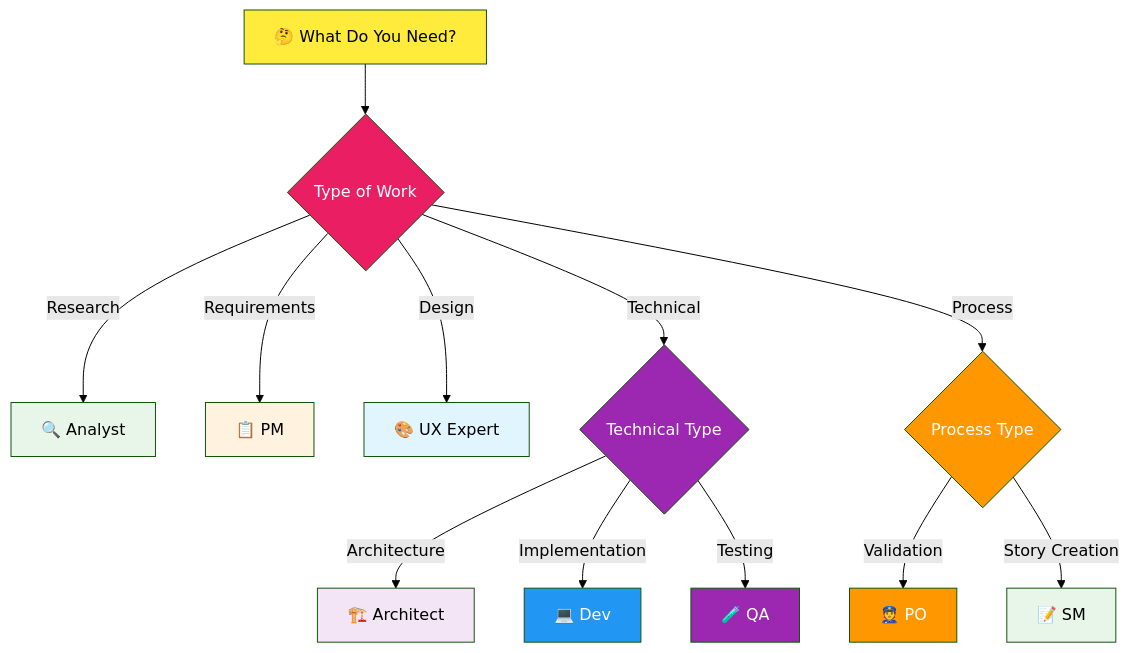
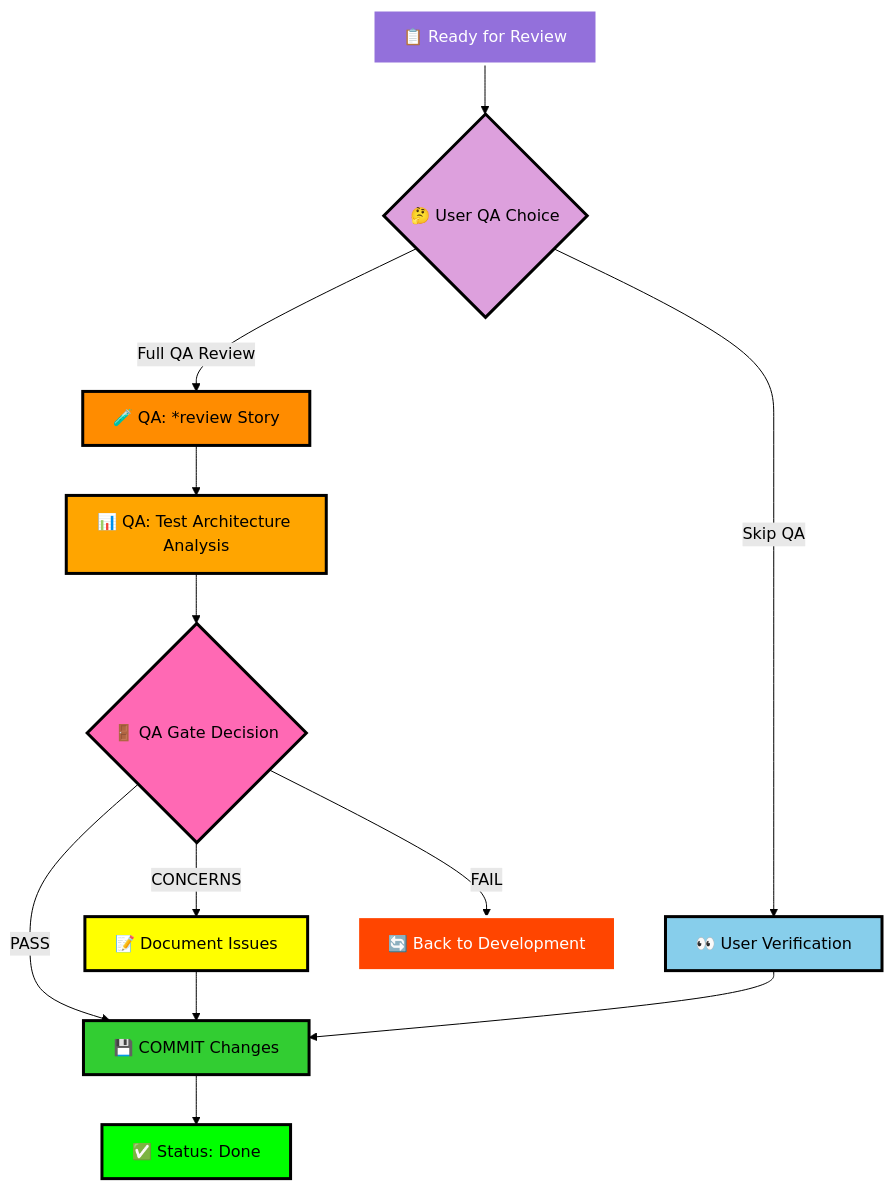
Before and after one commit to garkpit/RT-Vault: the fourth of 12 diagrams in BMAD-method/BMAD-method - a visual guide.md, drawn with Mermaid (forest theme). The commit also changed other lines of this file and 7 other files, not shown here.

````diff
--- a/BMAD-method/BMAD-method - a visual guide.md
+++ b/BMAD-method/BMAD-method - a visual guide.md
@@ -187,27 +159,25 @@
 ```mermaid
 graph TD
-    A["🤔 What Do You Need?"] --> B{"Type of Work"}
-    B -->|Research| C["🔍 Analyst"]
-    B -->|Requirements| D["📋 PM"]
-    B -->|Design| E["🎨 UX Expert"]
-    B -->|Technical| F{"Technical Type"}
-    F -->|Architecture| G["🏗️ Architect"]
-    F -->|Implementation| H["💻 Dev"]
-    F -->|Testing| I["🧪 QA"]
-    B -->|Process| J{"Process Type"}
-    J -->|Validation| K["👮 PO"]
-    J -->|Story Creation| L["📝 SM"]
+    C7["📋 Ready for Review"] --> D1{"🤔 User QA Choice"}
+    D1 -->|Full QA Review| D2["🧪 QA: *review Story"]
+    D1 -->|Skip QA| D5["👀 User Verification"]
+    D2 --> D3["📊 QA: Test Architecture Analysis"]
+    D3 --> D4{"🚪 QA Gate Decision"}
+    D4 -->|PASS| D6["💾 COMMIT Changes"]
+    D4 -->|CONCERNS| D7["📝 Document Issues"]
+    D4 -->|FAIL| D8["🔄 Back to Development"]
+    D5 --> D6
+    D7 --> D6
+    D6 --> D9["✅ Status: Done"]
     
-    style A fill:#ffeb3b,color:#000
-    style B fill:#e91e63,color:#fff
-    style C fill:#e8f5e9,color:#000
-    style D fill:#fff3e0,color:#000
-    style E fill:#e1f5fe,color:#000
-    style F fill:#9c27b0,color:#fff
-    style G fill:#f3e5f5,color:#000
-    style H fill:#2196f3,color:#fff
-    style I fill:#9c27b0,color:#fff
-    style J fill:#ff9800,color:#fff
-    style K fill:#ff9800,color:#fff
-    style L fill:#e8f5e9,color:#000
+    style C7 fill:#9370DB,color:#FFFFFF,stroke:#FFFFFF,stroke-width:3px
+    style D1 fill:#DDA0DD,color:#000000,stroke:#000000,stroke-width:3px
+    style D2 fill:#FF8C00,color:#000000,stroke:#000000,stroke-width:3px
+    style D3 fill:#FFA500,color:#000000,stroke:#000000,stroke-width:3px
+    style D4 fill:#FF69B4,color:#000000,stroke:#000000,stroke-width:3px
+    style D5 fill:#87CEEB,color:#000000,stroke:#000000,stroke-width:3px
+    style D6 fill:#32CD32,color:#000000,stroke:#000000,stroke-width:3px
+    style D7 fill:#FFFF00,color:#000000,stroke:#000000,stroke-width:3px
+    style D8 fill:#FF4500,color:#FFFFFF,stroke:#FFFFFF,stroke-width:3px
+    style D9 fill:#00FF00,color:#000000,stroke:#000000,stroke-width:3px
 ```
````
